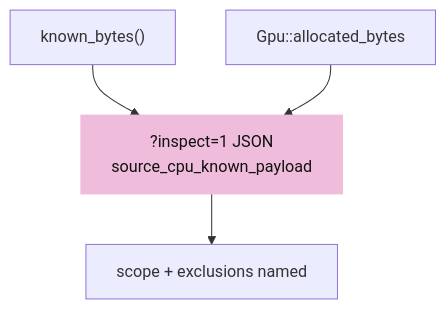
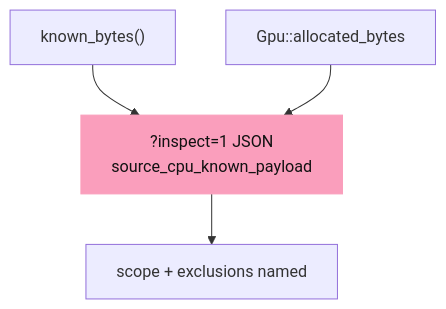
The third of 3 diagrams in session_viewer/docs/16-accounting.md (petrasvestartas/session), drawn with Mermaid before and after one commit. The commit also changed other lines of this file and 328 other files, not shown here.

First line of the commit message:
Course: the palette you sent, and mermaid drawn like the drawings

````diff
--- a/session_viewer/docs/16-accounting.md
+++ b/session_viewer/docs/16-accounting.md
@@ -88,7 +88,7 @@
 ```mermaid
 flowchart TB
     K["known_bytes()"] --> J["?inspect=1 JSON<br/>source_cpu_known_payload"]
     G["Gpu::allocated_bytes"] --> J
     J --> X["scope + exclusions named"]
-    style J fill:#f0bcdb,stroke:#f0bcdb,color:#111
+    style J fill:#fa9ebc,stroke:#fa9ebc,color:#111
 ```
````
